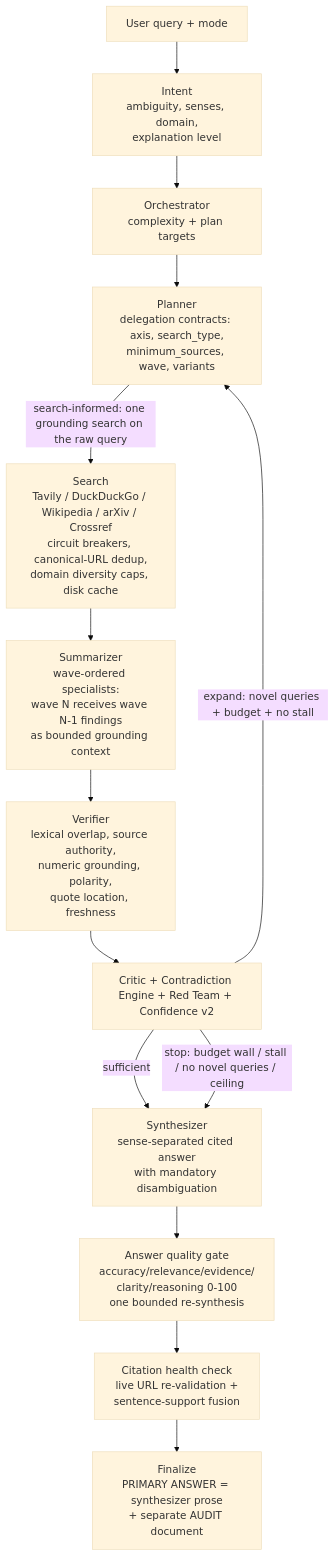
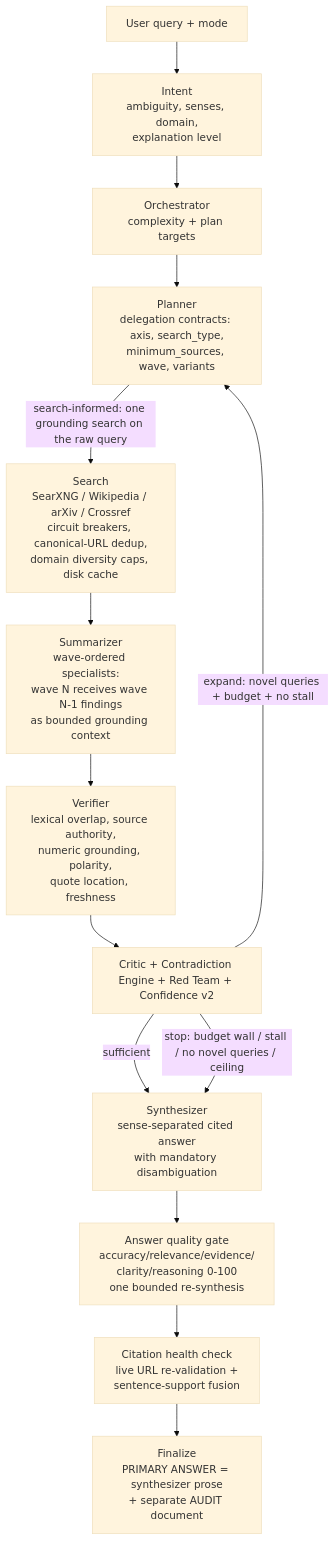
One commit to AdnanZamanNiloy/deepscout changed the diagram in ARCHITECTURE.md. Above: the diagram before and after it, drawn with Mermaid (base theme). The commit also changed 16 other files, not shown here.

````diff
--- a/ARCHITECTURE.md
+++ b/ARCHITECTURE.md
@@ -10,17 +10,17 @@
 ```mermaid
 flowchart TD
     Q[User query + mode] --> IN[Intent<br/>ambiguity, senses, domain,<br/>explanation level]
     IN --> ORCH[Orchestrator<br/>complexity + plan targets]
     ORCH --> PL[Planner<br/>delegation contracts: axis, search_type,<br/>minimum_sources, wave, variants]
     PL -->|search-informed: one grounding search on the raw query| SE
-    SE[Search<br/>Tavily / DuckDuckGo / Wikipedia / arXiv / Crossref<br/>circuit breakers, canonical-URL dedup,<br/>domain diversity caps, disk cache]
+    SE[Search<br/>SearXNG / Wikipedia / arXiv / Crossref<br/>circuit breakers, canonical-URL dedup,<br/>domain diversity caps, disk cache]
     SE --> SU[Summarizer<br/>wave-ordered specialists:<br/>wave N receives wave N-1 findings<br/>as bounded grounding context]
     SU --> VE[Verifier<br/>lexical overlap, source authority,<br/>numeric grounding, polarity,<br/>quote location, freshness]
     VE --> CR[Critic + Contradiction Engine + Red Team + Confidence v2]
     CR -->|sufficient| SY[Synthesizer<br/>sense-separated cited answer<br/>with mandatory disambiguation]
     CR -->|expand: novel queries + budget + no stall| PL
     CR -->|stop: budget wall / stall / no novel queries / ceiling| SY
     SY --> QG[Answer quality gate<br/>accuracy/relevance/evidence/<br/>clarity/reasoning 0-100<br/>one bounded re-synthesis]
     QG --> CH[Citation health check<br/>live URL re-validation +<br/>sentence-support fusion]
     CH --> FIN[Finalize<br/>PRIMARY ANSWER = synthesizer prose<br/>+ separate AUDIT document]
 ```
````
